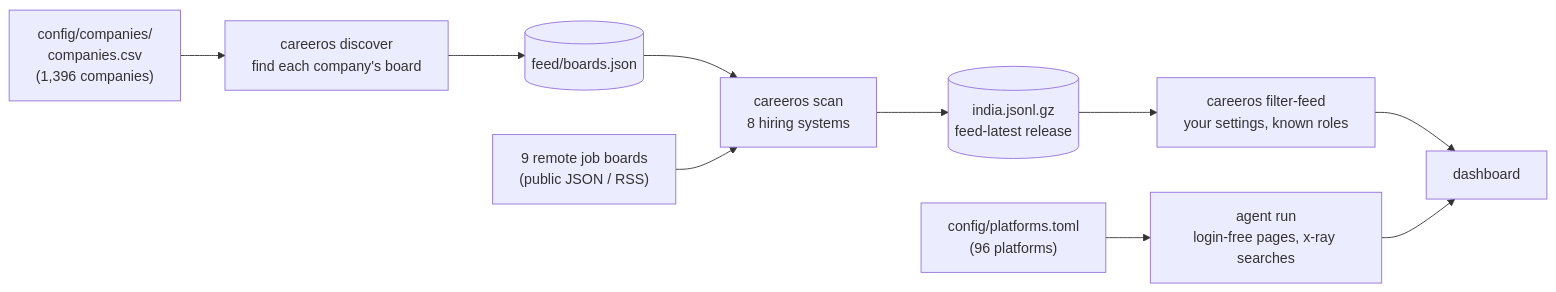
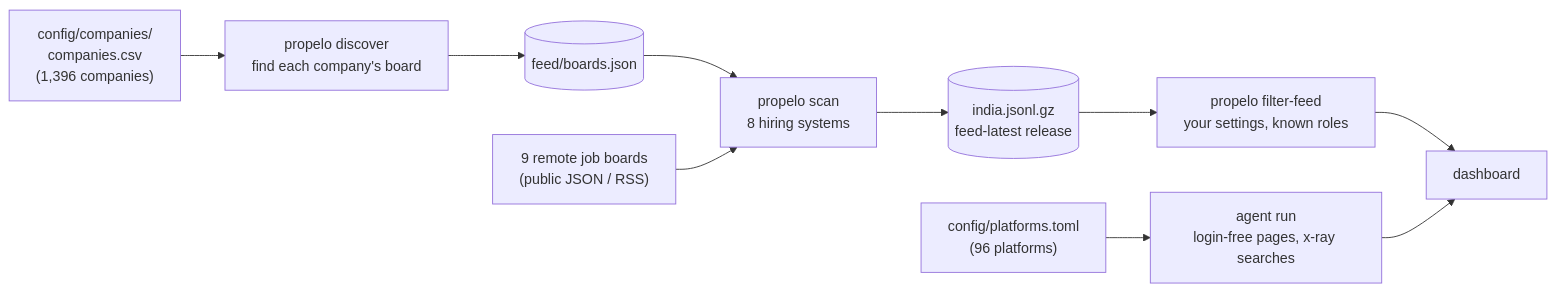
Before and after one commit to VishStack01/Propelo: the diagram in docs/feed.md, drawn with Mermaid. The commit also changed other lines of this file and 310 other files, not shown here.

````diff
--- a/docs/feed.md
+++ b/docs/feed.md
@@ -9,12 +9,12 @@
 ```mermaid
 flowchart LR
-  List["config/companies/<br/>companies.csv<br/>(1,396 companies)"] --> Discover["careeros discover<br/>find each company's board"]
+  List["config/companies/<br/>companies.csv<br/>(1,396 companies)"] --> Discover["propelo discover<br/>find each company's board"]
   Discover --> Boards[("feed/boards.json")]
-  Boards --> Scan["careeros scan<br/>8 hiring systems"]
+  Boards --> Scan["propelo scan<br/>8 hiring systems"]
   Remote["9 remote job boards<br/>(public JSON / RSS)"] --> Scan
   Scan --> Feed[("india.jsonl.gz<br/>feed-latest release")]
-  Feed --> Filter["careeros filter-feed<br/>your settings, known roles"]
+  Feed --> Filter["propelo filter-feed<br/>your settings, known roles"]
   Filter --> Dash["dashboard"]
   Platforms["config/platforms.toml<br/>(96 platforms)"] --> Agent["agent run<br/>login-free pages, x-ray searches"]
   Agent --> Dash
 ```
````
